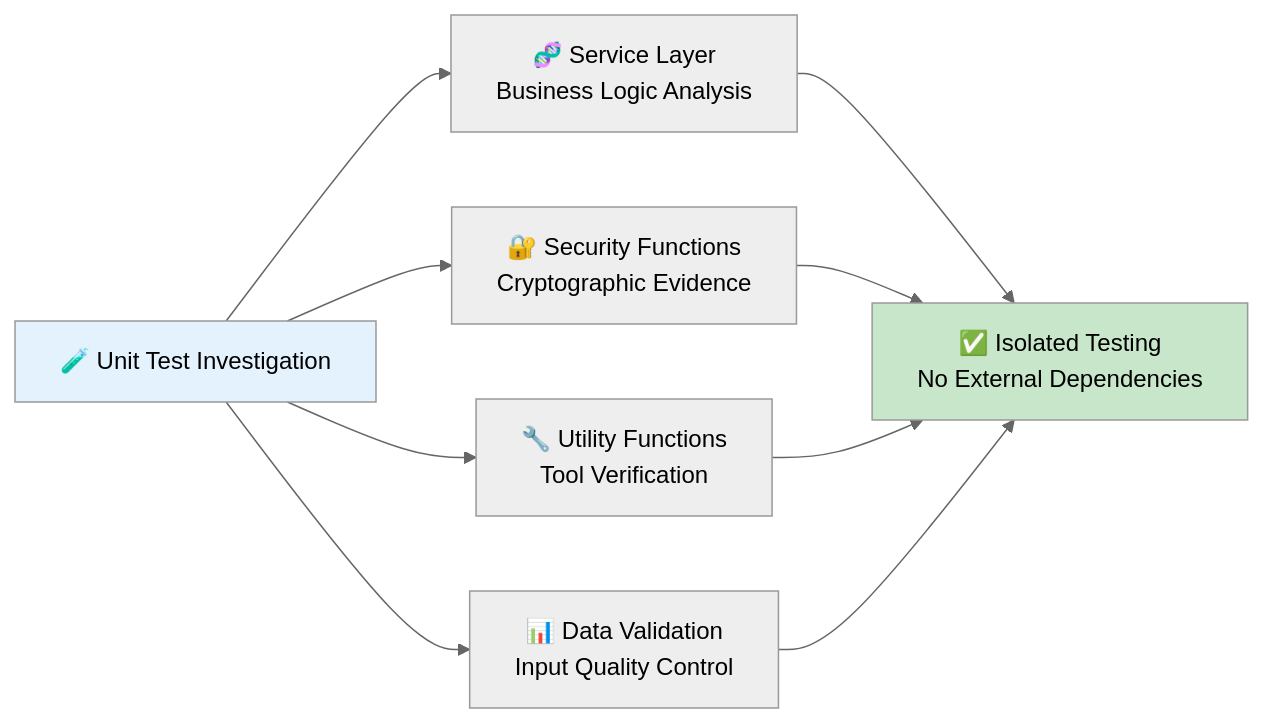
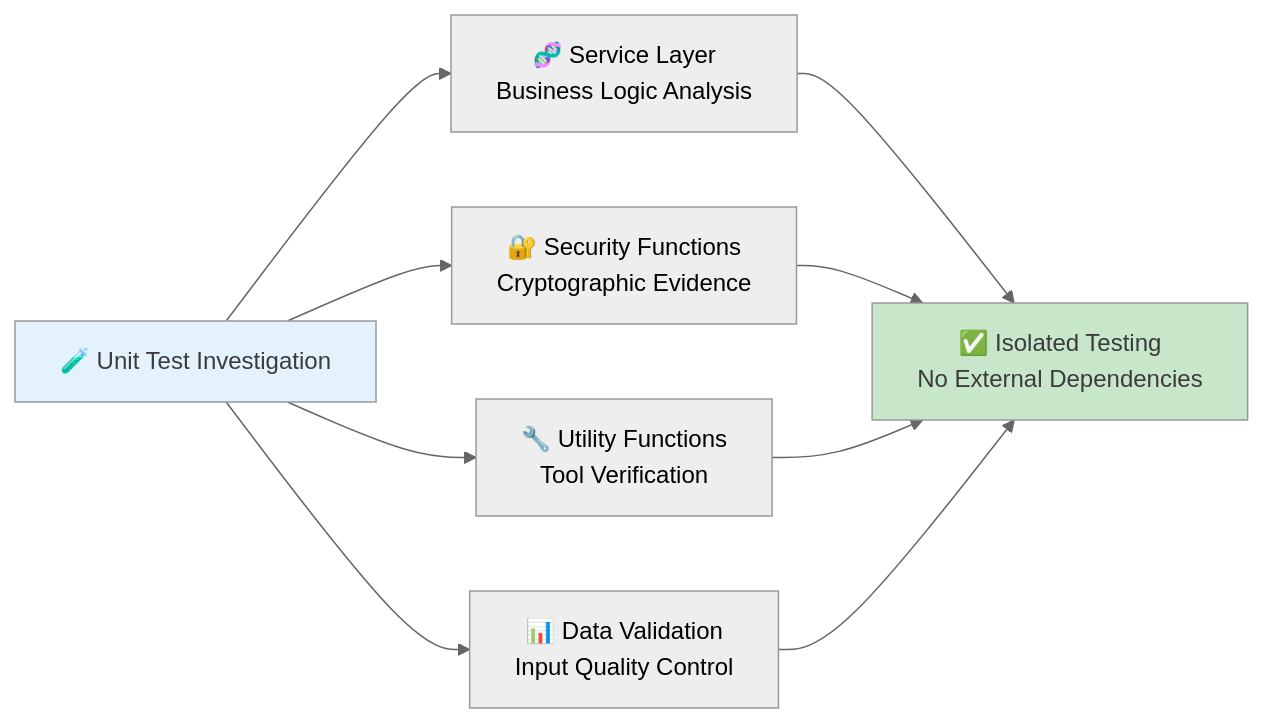
The fourth of 9 diagrams in app/docs/02_foundation/09-testing-basics/page.mdx (ridwanspace/restful-fastapi-guideline), drawn with Mermaid (neutral theme) before and after one commit. The commit also changed other lines of this file and 8 other files, not shown here.

First line of the commit message:
📝 docs(docs): enhance graph diagrams in foundation docs

````diff
--- a/app/docs/02_foundation/09-testing-basics/page.mdx
+++ b/app/docs/02_foundation/09-testing-basics/page.mdx
@@ -335,15 +335,15 @@
 ```mermaid
 graph LR
     A[🧪 Unit Test Investigation] --> B[🧬 Service Layer<br/>Business Logic Analysis]
     A --> C[🔐 Security Functions<br/>Cryptographic Evidence]
     A --> D[🔧 Utility Functions<br/>Tool Verification]
     A --> E[📊 Data Validation<br/>Input Quality Control]
     
     B --> F[✅ Isolated Testing<br/>No External Dependencies]
     C --> F
     D --> F
     E --> F
     
-    style A fill:#e3f2fd
-    style F fill:#c8e6c9
+    style A fill:#e3f2fd,color:#3b3b3b
+    style F fill:#c8e6c9,color:#3b3b3b
 ```
````
